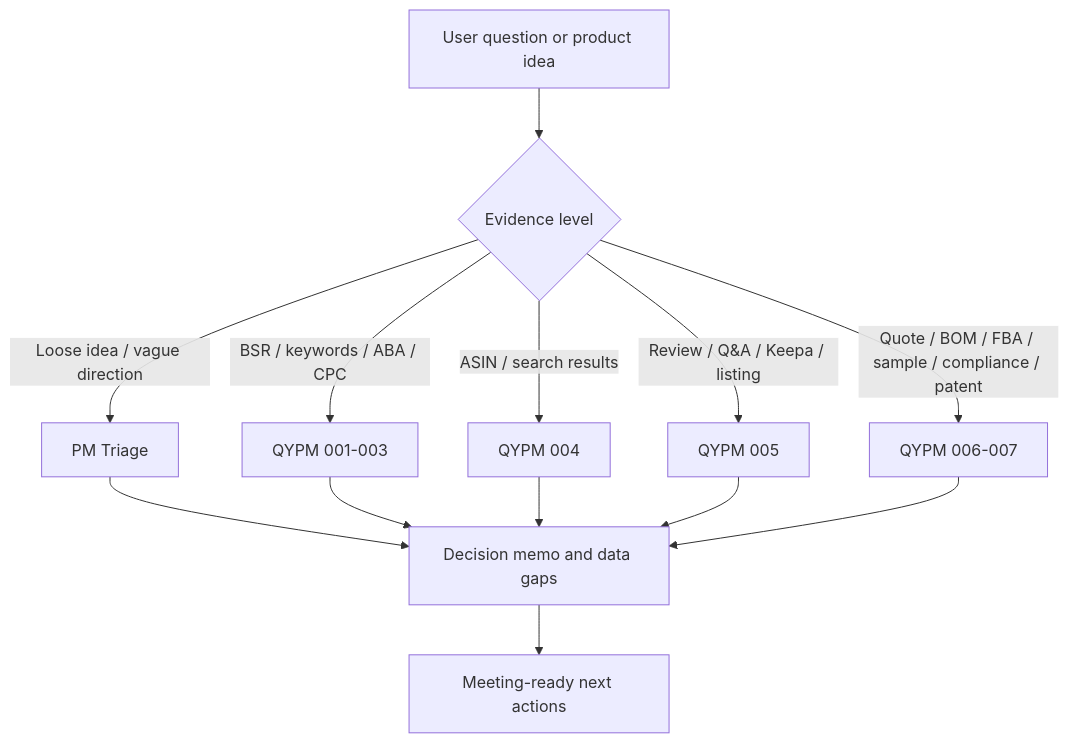
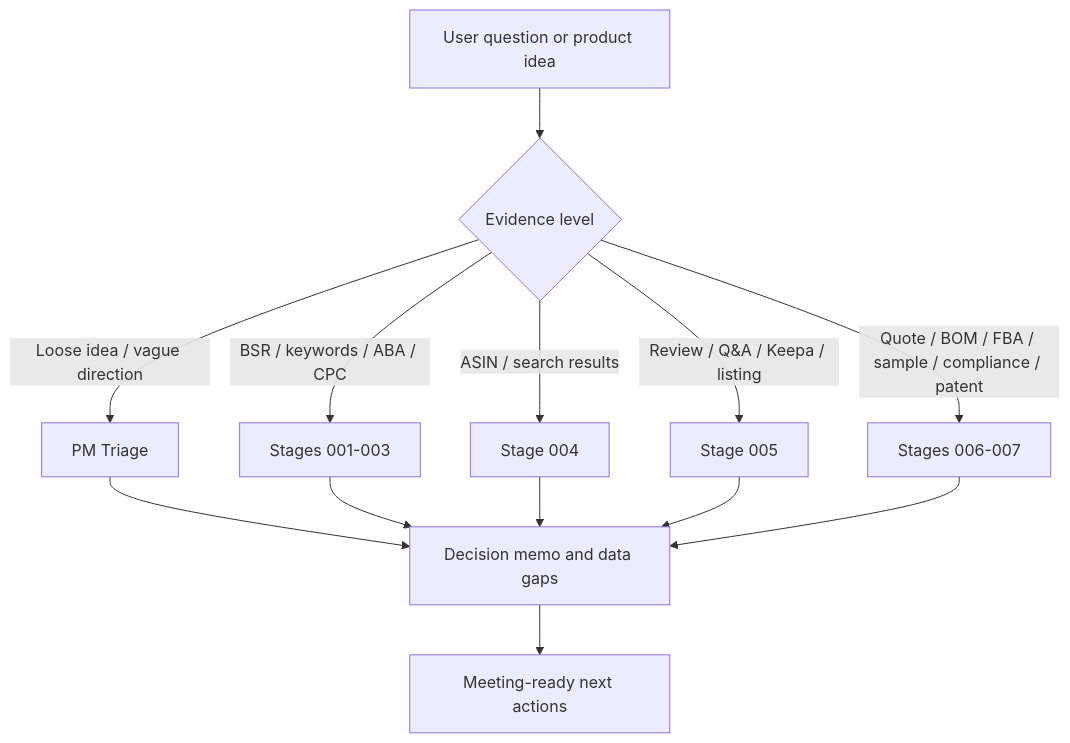
One commit to ianyoufather-2007/amazon-pm-integrated-agent changed the diagram in README.md. Above: the diagram before and after it, drawn with Mermaid. The commit also changed other lines of this file and 14 other files, not shown here.

````diff
--- a/README.md
+++ b/README.md
@@ -17,15 +17,15 @@
 ```mermaid
 flowchart TD
     A[User question or product idea] --> B{Evidence level}
     B -->|Loose idea / vague direction| C[PM Triage]
-    B -->|BSR / keywords / ABA / CPC| D[QYPM 001-003]
-    B -->|ASIN / search results| E[QYPM 004]
-    B -->|Review / Q&A / Keepa / listing| F[QYPM 005]
-    B -->|Quote / BOM / FBA / sample / compliance / patent| G[QYPM 006-007]
+    B -->|BSR / keywords / ABA / CPC| D[Stages 001-003]
+    B -->|ASIN / search results| E[Stage 004]
+    B -->|Review / Q&A / Keepa / listing| F[Stage 005]
+    B -->|Quote / BOM / FBA / sample / compliance / patent| G[Stages 006-007]
     C --> H[Decision memo and data gaps]
     D --> H
     E --> H
     F --> H
     G --> H
     H --> I[Meeting-ready next actions]
 ```
````
